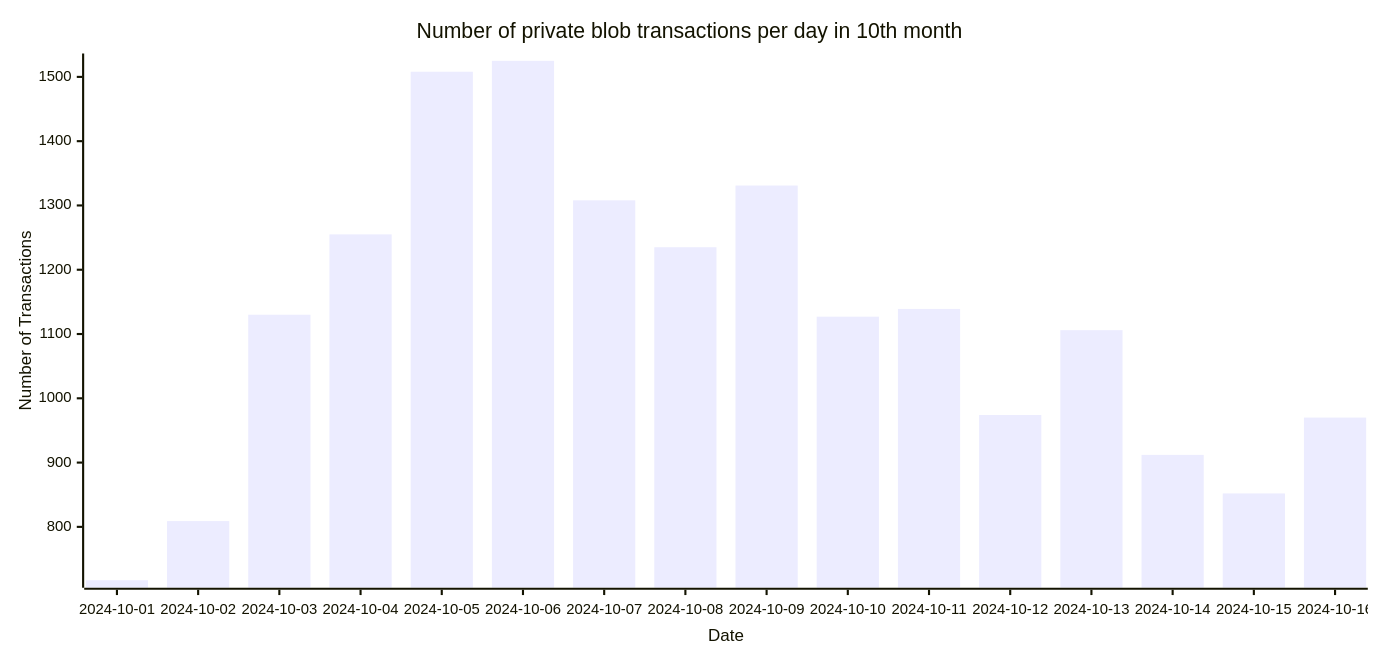
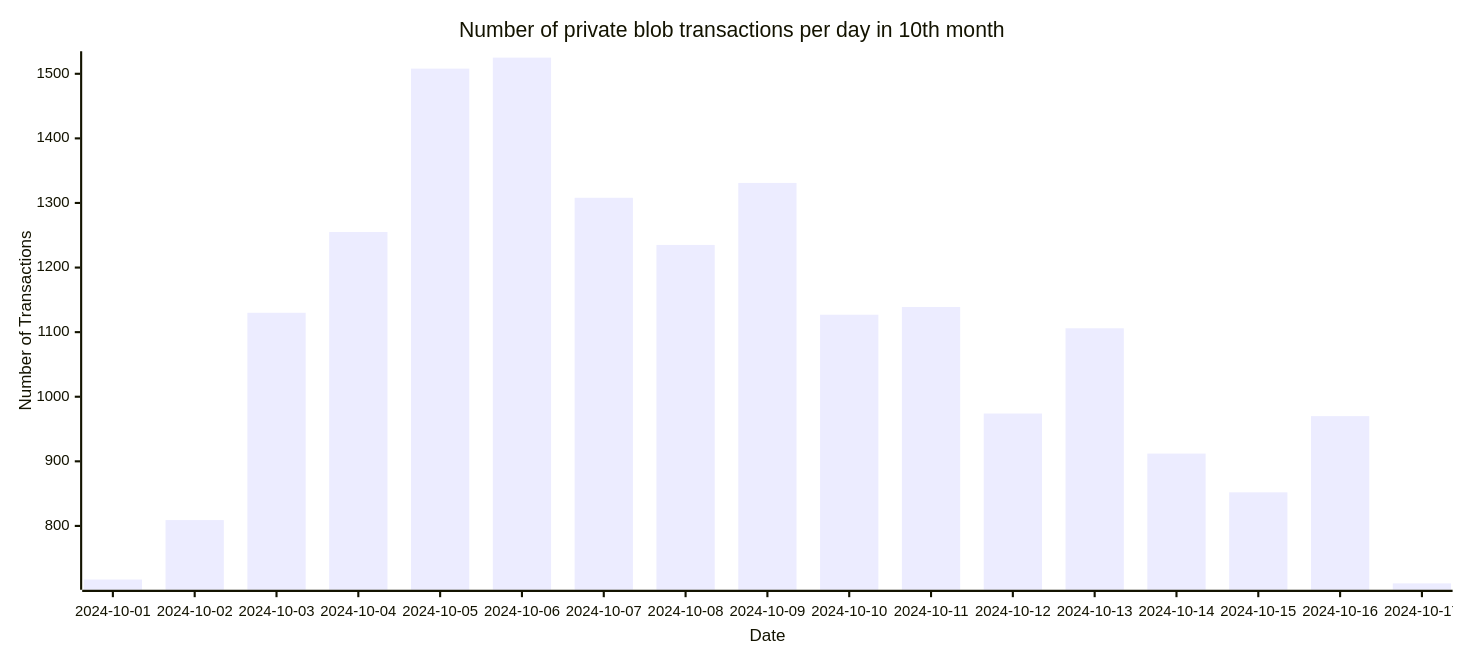
One commit to Amit0617/eip4844-data changed the eighth of 8 diagrams in README.md. Above: the diagram before and after it, drawn with Mermaid. The commit also changed 1 other file, not shown here.

````diff
--- a/README.md
+++ b/README.md
@@ -92,12 +92,12 @@
 ```mermaid
 ---
 config:
     xyChart:
-        width: 1280
+        width: 1360
         height: 600
 ---
 xychart-beta title "Number of private blob transactions per day in 10th month"
-x-axis "Date" [2024-10-01,2024-10-02,2024-10-03,2024-10-04,2024-10-05,2024-10-06,2024-10-07,2024-10-08,2024-10-09,2024-10-10,2024-10-11,2024-10-12,2024-10-13,2024-10-14,2024-10-15,2024-10-16]
+x-axis "Date" [2024-10-01,2024-10-02,2024-10-03,2024-10-04,2024-10-05,2024-10-06,2024-10-07,2024-10-08,2024-10-09,2024-10-10,2024-10-11,2024-10-12,2024-10-13,2024-10-14,2024-10-15,2024-10-16,2024-10-17]
 y-axis "Number of Transactions"
-bar[717,809,1130,1255,1508,1525,1308,1235,1331,1127,1139,974,1106,912,852,970]
+bar[717,809,1130,1255,1508,1525,1308,1235,1331,1127,1139,974,1106,912,852,970,711]
 ```
````
